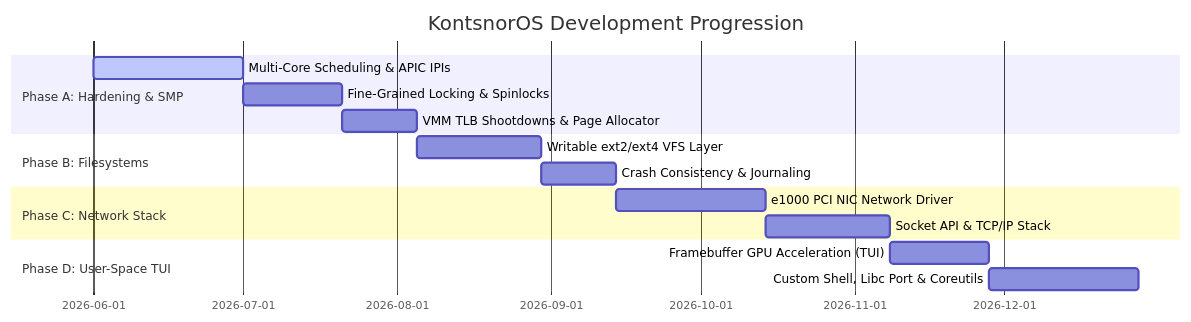
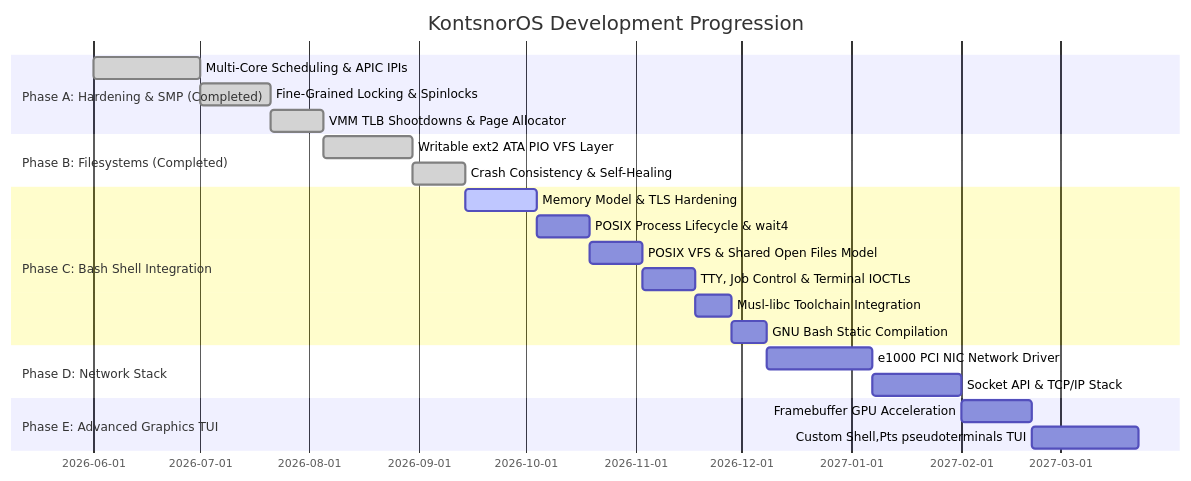
The diagram in docs/roadmap.md (Kontsnor/KontsnorOS), drawn with Mermaid before and after one commit. The commit also changed other lines of this file, not shown here.

Commit message:
Update docs/roadmap.md to reprioritize Bash Shell Integration as Phase C

````diff
--- a/docs/roadmap.md
+++ b/docs/roadmap.md
@@ -9,18 +9,25 @@
 ```mermaid
 gantt
     title KontsnorOS Development Progression
     dateFormat  YYYY-MM-DD
-    section Phase A: Hardening & SMP
-    Multi-Core Scheduling & APIC IPIs   :active, des1, 2026-06-01, 30d
-    Fine-Grained Locking & Spinlocks    :         des2, after des1, 20d
-    VMM TLB Shootdowns & Page Allocator :         des3, after des2, 15d
-    section Phase B: Filesystems
-    Writable ext2/ext4 VFS Layer       :         fs1, after des3, 25d
-    Crash Consistency & Journaling     :         fs2, after fs1, 15d
-    section Phase C: Network Stack
-    e1000 PCI NIC Network Driver       :         net1, after fs2, 30d
+    section Phase A: Hardening & SMP (Completed)
+    Multi-Core Scheduling & APIC IPIs   :done, des1, 2026-06-01, 30d
+    Fine-Grained Locking & Spinlocks    :done, des2, after des1, 20d
+    VMM TLB Shootdowns & Page Allocator :done, des3, after des2, 15d
+    section Phase B: Filesystems (Completed)
+    Writable ext2 ATA PIO VFS Layer     :done, fs1, after des3, 25d
+    Crash Consistency & Self-Healing    :done, fs2, after fs1, 15d
+    section Phase C: Bash Shell Integration
+    Memory Model & TLS Hardening        :active, bash1, after fs2, 20d
+    POSIX Process Lifecycle & wait4     :         bash2, after bash1, 15d
+    POSIX VFS & Shared Open Files Model :         bash3, after bash2, 15d
+    TTY, Job Control & Terminal IOCTLs  :         bash4, after bash3, 15d
+    Musl-libc Toolchain Integration     :         bash5, after bash4, 10d
+    GNU Bash Static Compilation         :         bash6, after bash5, 10d
+    section Phase D: Network Stack
+    e1000 PCI NIC Network Driver       :         net1, after bash6, 30d
     Socket API & TCP/IP Stack          :         net2, after net1, 25d
-    section Phase D: User-Space TUI
-    Framebuffer GPU Acceleration (TUI) :         ui1, after net2, 20d
-    Custom Shell, Libc Port & Coreutils :         ui2, after ui1, 30d
+    section Phase E: Advanced Graphics TUI
+    Framebuffer GPU Acceleration        :         ui1, after net2, 20d
+    Custom Shell,Pts pseudoterminals TUI:         ui2, after ui1, 30d
 ```
````
